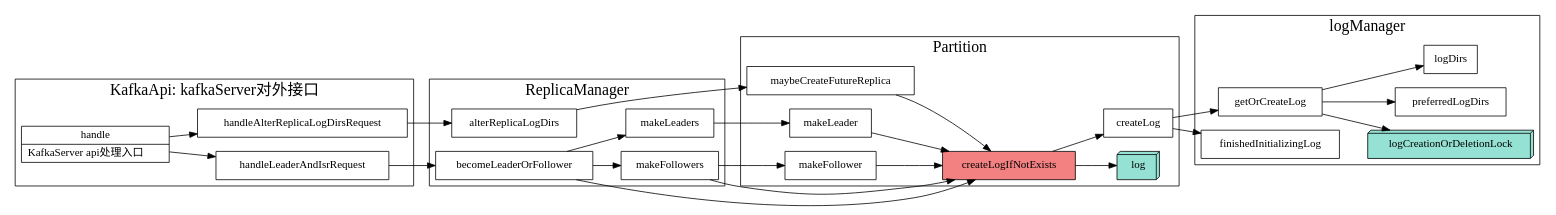
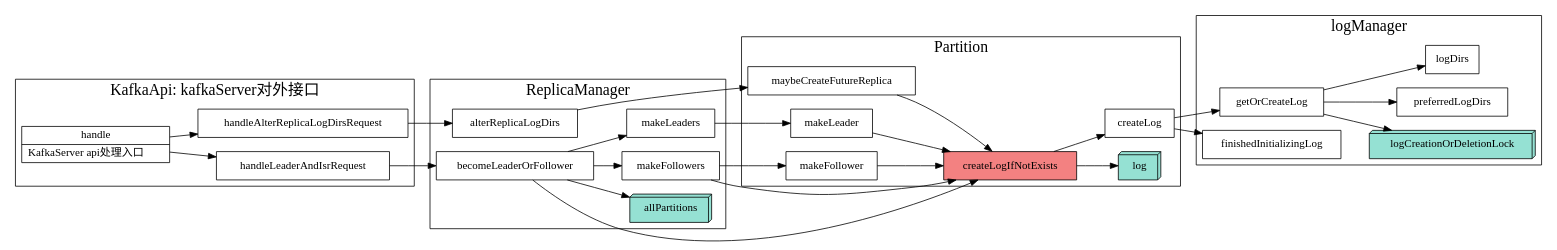
The diagram in src/kafka/partition-log-create.dot (xieyu/blog), drawn with Graphviz before and after one commit. The commit also changed 5 other files, not shown here.

```diff
--- a/src/kafka/partition-log-create.dot
+++ b/src/kafka/partition-log-create.dot
@@ -1,86 +1,93 @@
 digraph partionLogCreate {
   node[shape=box];
   newrank=true;
   rankdir=LR;
 
   subgraph cluster_logManager {
     graph[label="logManager";fontsize=20;];
     logCreationOrDeletionLock[
       fillcolor="#95e1d3"
       style=filled;
       shape=box3d;
       label="logCreationOrDeletionLock"
     ];
 
     getOrCreateLog -> {
       logCreationOrDeletionLock;
       preferredLogDirs;
       logDirs;
     };
     finishedInitializingLog;
   }
 
   subgraph cluster_Partition {
     graph[label="Partition";fontsize=20;];
     log[
       fillcolor="#95e1d3"
       style=filled;
       shape=box3d;
       label="log"
     ];
     {
       maybeCreateFutureReplica;
       makeLeader;
       makeFollower;
     } -> createLogIfNotExists;
 
     createLogIfNotExists[
       fillcolor="#f38181";
       style=filled;
       shape=box;
       label="createLogIfNotExists"
     ];
 
     //创建日志
     createLogIfNotExists -> {
       createLog;
       log;
     };
     createLog -> {
       getOrCreateLog;
       finishedInitializingLog;
     }
   }
 
   subgraph cluster_ReplicaManager {
     graph[label="ReplicaManager";fontsize=20;];
+    allPartitions[
+      fillcolor="#95e1d3"
+      style=filled;
+      shape=box3d;
+      label="allPartitions"
+    ];
 
     becomeLeaderOrFollower -> {
       makeFollowers;
       createLogIfNotExists;
+      allPartitions;
     }
     makeFollowers -> {
       createLogIfNotExists;
       makeFollower;
     }
     becomeLeaderOrFollower -> makeLeaders -> makeLeader;
     alterReplicaLogDirs -> maybeCreateFutureReplica;
 
   }
 
   subgraph cluster_KafkaApi {
     graph[label="KafkaApi: kafkaServer对外接口";fontsize=20;];
     handle[shape="record";
       label="{{
         handle|
           KafkaServer api处理入口\l
       }}";
     ];
     handle -> {
       handleLeaderAndIsrRequest;
       handleAlterReplicaLogDirsRequest;
     }
     handleLeaderAndIsrRequest -> becomeLeaderOrFollower;
     handleAlterReplicaLogDirsRequest -> alterReplicaLogDirs;
   }
 }
```
